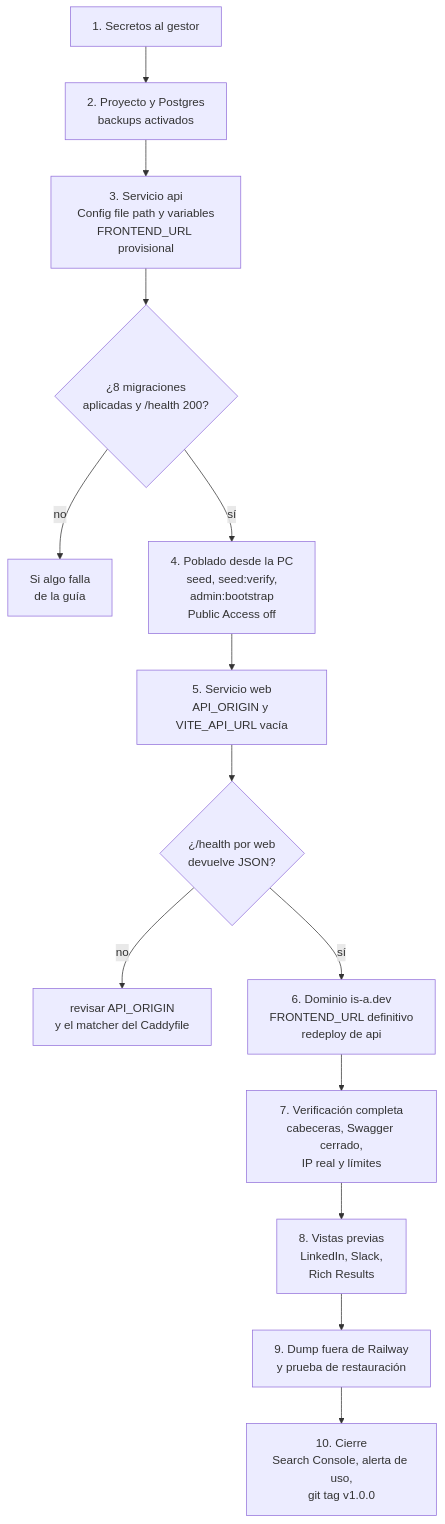
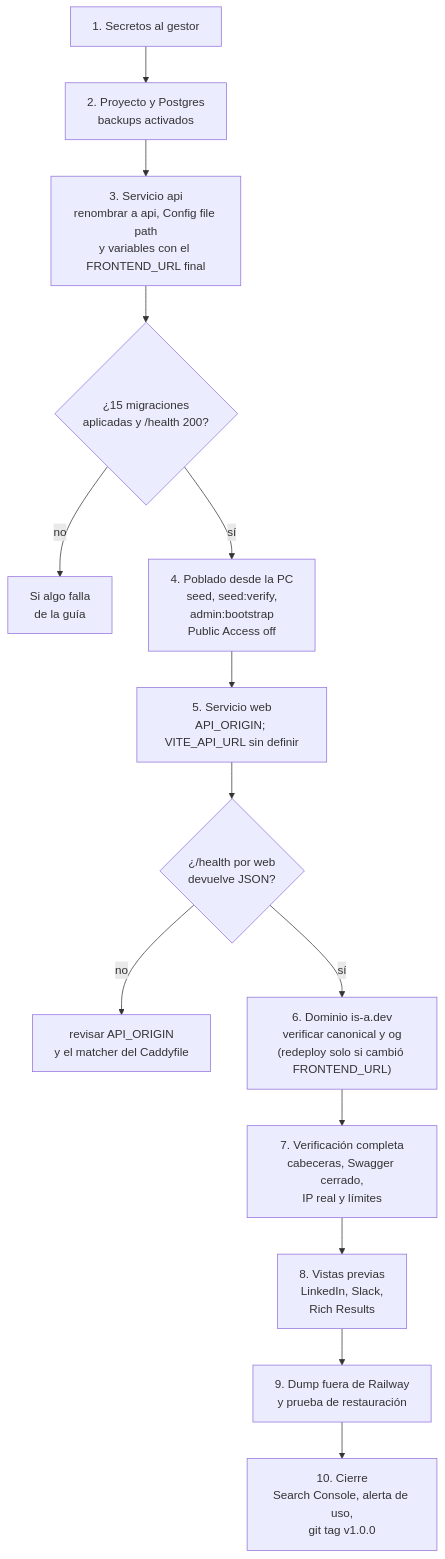
Diagram 11 of 11 in docs/DEPLOY-ARCHITECTURE.md (Professional-and-Personal-Branding/portfolio-msaavedra), drawn with Mermaid before and after one commit. The commit also changed other lines of this file and 9 other files, not shown here.

Commit message:
docs(deploy): guías alineadas con las 15 migraciones, renombre de servicios, variables y checklist de la 1.0.0

````diff
--- a/docs/DEPLOY-ARCHITECTURE.md
+++ b/docs/DEPLOY-ARCHITECTURE.md
@@ -406,16 +416,16 @@
 ```mermaid
 flowchart TD
   S1["1. Secretos al gestor"] --> S2["2. Proyecto y Postgres<br/>backups activados"]
-  S2 --> S3["3. Servicio api<br/>Config file path y variables<br/>FRONTEND_URL provisional"]
-  S3 --> S3v{"¿8 migraciones<br/>aplicadas y /health 200?"}
+  S2 --> S3["3. Servicio api<br/>renombrar a api, Config file path<br/>y variables con el FRONTEND_URL final"]
+  S3 --> S3v{"¿15 migraciones<br/>aplicadas y /health 200?"}
   S3v -->|no| S3f["Si algo falla<br/>de la guía"]
   S3v -->|sí| S4["4. Poblado desde la PC<br/>seed, seed:verify,<br/>admin:bootstrap<br/>Public Access off"]
-  S4 --> S5["5. Servicio web<br/>API_ORIGIN y VITE_API_URL vacía"]
+  S4 --> S5["5. Servicio web<br/>API_ORIGIN; VITE_API_URL sin definir"]
   S5 --> S5v{"¿/health por web<br/>devuelve JSON?"}
   S5v -->|no| S5f["revisar API_ORIGIN<br/>y el matcher del Caddyfile"]
-  S5v -->|sí| S6["6. Dominio is-a.dev<br/>FRONTEND_URL definitivo<br/>redeploy de api"]
+  S5v -->|sí| S6["6. Dominio is-a.dev<br/>verificar canonical y og<br/>(redeploy solo si cambió FRONTEND_URL)"]
   S6 --> S7["7. Verificación completa<br/>cabeceras, Swagger cerrado,<br/>IP real y límites"]
   S7 --> S8["8. Vistas previas<br/>LinkedIn, Slack,<br/>Rich Results"]
   S8 --> S9["9. Dump fuera de Railway<br/>y prueba de restauración"]
   S9 --> S10["10. Cierre<br/>Search Console, alerta de uso,<br/>git tag v1.0.0"]
 ```
````
